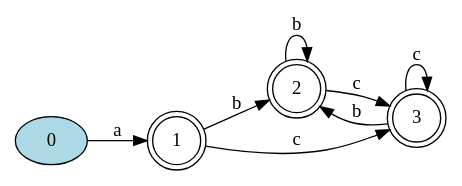
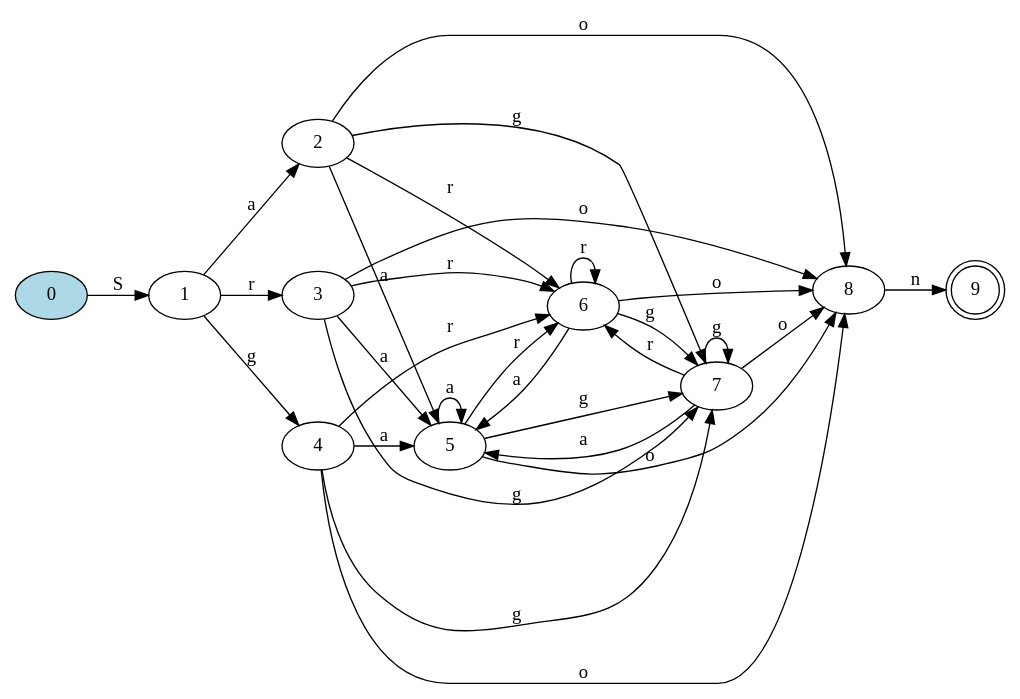
One commit to Daniel-Sima/Clone-of-the-egrep-UNIX-command changed the diagram in DFA.dot. Above: the diagram before and after it, drawn with Graphviz. The commit also changed 13 other files, not shown here.

```diff
--- a/DFA.dot
+++ b/DFA.dot
@@ -1,16 +1,36 @@
 digraph {
 	rankdir=LR;
 
-	1 [shape=doublecircle]
-	2 [shape=doublecircle]
-	3 [shape=doublecircle]
+	9 [shape=doublecircle]
 	0 [style=filled, fillcolor="lightblue"]
 
-	0->1 [label= "a"];
-	1->2 [label= "b"];
-	1->3 [label= "c"];
-	2->2 [label= "b"];
-	2->3 [label= "c"];
-	3->2 [label= "b"];
-	3->3 [label= "c"];
+	0->1 [label= "S"];
+	1->2 [label= "a"];
+	1->3 [label= "r"];
+	1->4 [label= "g"];
+	2->5 [label= "a"];
+	2->6 [label= "r"];
+	2->7 [label= "g"];
+	2->8 [label= "o"];
+	3->5 [label= "a"];
+	3->6 [label= "r"];
+	3->7 [label= "g"];
+	3->8 [label= "o"];
+	4->5 [label= "a"];
+	4->6 [label= "r"];
+	4->7 [label= "g"];
+	4->8 [label= "o"];
+	5->5 [label= "a"];
+	5->6 [label= "r"];
+	5->7 [label= "g"];
+	5->8 [label= "o"];
+	6->5 [label= "a"];
+	6->6 [label= "r"];
+	6->7 [label= "g"];
+	6->8 [label= "o"];
+	7->5 [label= "a"];
+	7->6 [label= "r"];
+	7->7 [label= "g"];
+	7->8 [label= "o"];
+	8->9 [label= "n"];
 }
```
